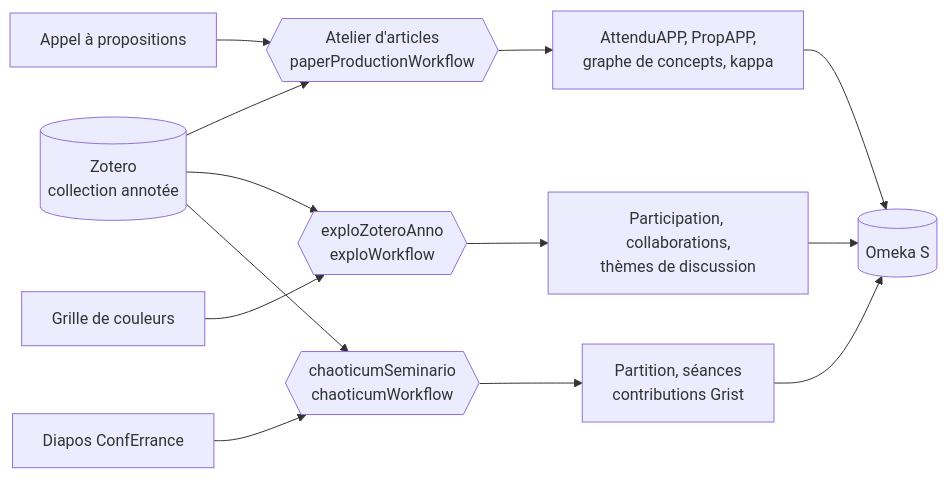
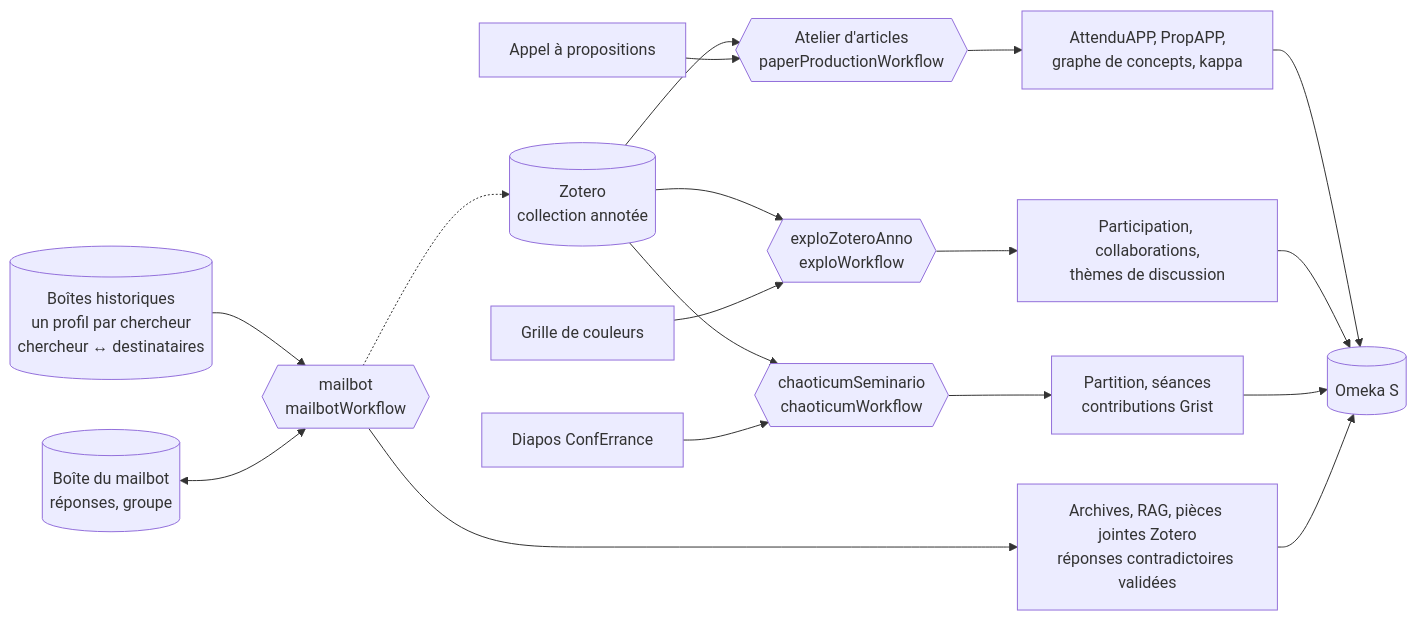
Before and after one commit to samszo/ecosysteme-agents-recherche: the diagram in README.md, drawn with Mermaid. The commit also changed other lines of this file and 42 other files, not shown here.

First line of the commit message:
feat(mailbot): implement mailbot workflow with email fetching, archiving, and response drafting

````diff
--- a/README.md
+++ b/README.md
@@ -32,13 +35,17 @@
 ```mermaid
 flowchart LR
     Z[(Zotero<br/>collection annotée)] --> W1{{Atelier d'articles<br/>paperProductionWorkflow}}
     AAP[Appel à propositions] --> W1
     Z --> W2{{exploZoteroAnno<br/>exploWorkflow}}
     GR[Grille de couleurs] --> W2
     W1 --> R1[AttenduAPP, PropAPP,<br/>graphe de concepts, kappa]
     W2 --> R2[Participation, collaborations,<br/>thèmes de discussion]
     Z --> W3{{chaoticumSeminario<br/>chaoticumWorkflow}}
     CE[Diapos ConfErrance] --> W3
     W3 --> R3[Partition, séances<br/>contributions Grist]
-    R1 & R2 & R3 --> O[(Omeka S)]
+    MB[(Boîtes historiques<br/>un profil par chercheur<br/>chercheur ↔ destinataires)] --> W4{{mailbot<br/>mailbotWorkflow}}
+    MBB[(Boîte du mailbot<br/>réponses, groupe)] <--> W4
+    W4 --> R4[Archives, RAG, pièces jointes Zotero<br/>réponses contradictoires validées]
+    W4 -.-> Z
+    R1 & R2 & R3 & R4 --> O[(Omeka S)]
 ```
````
